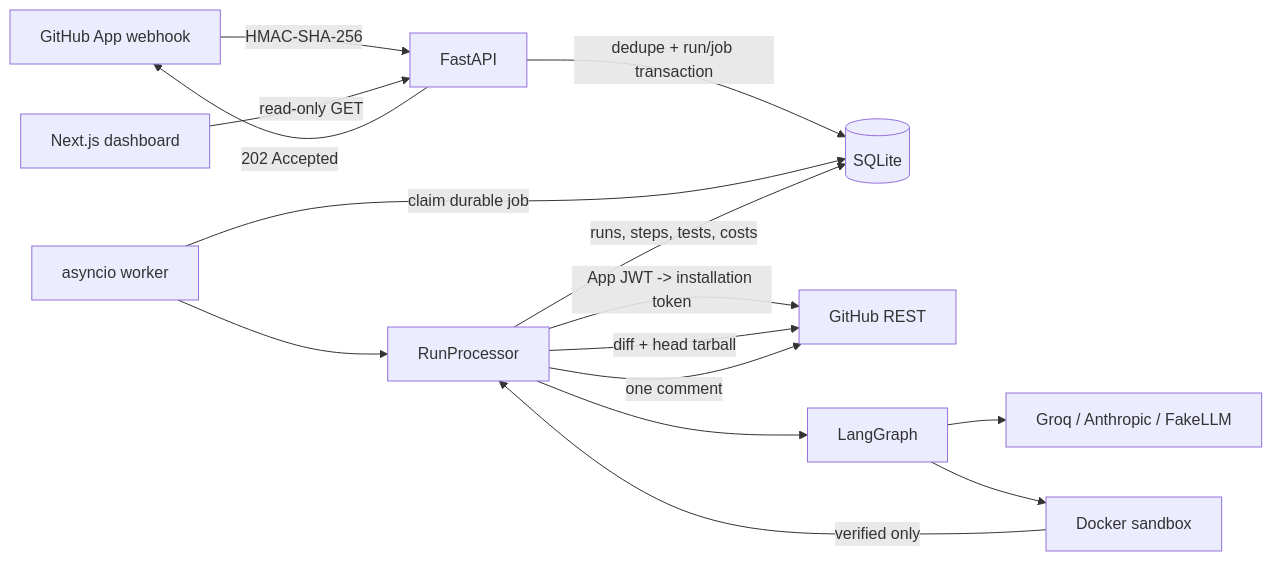
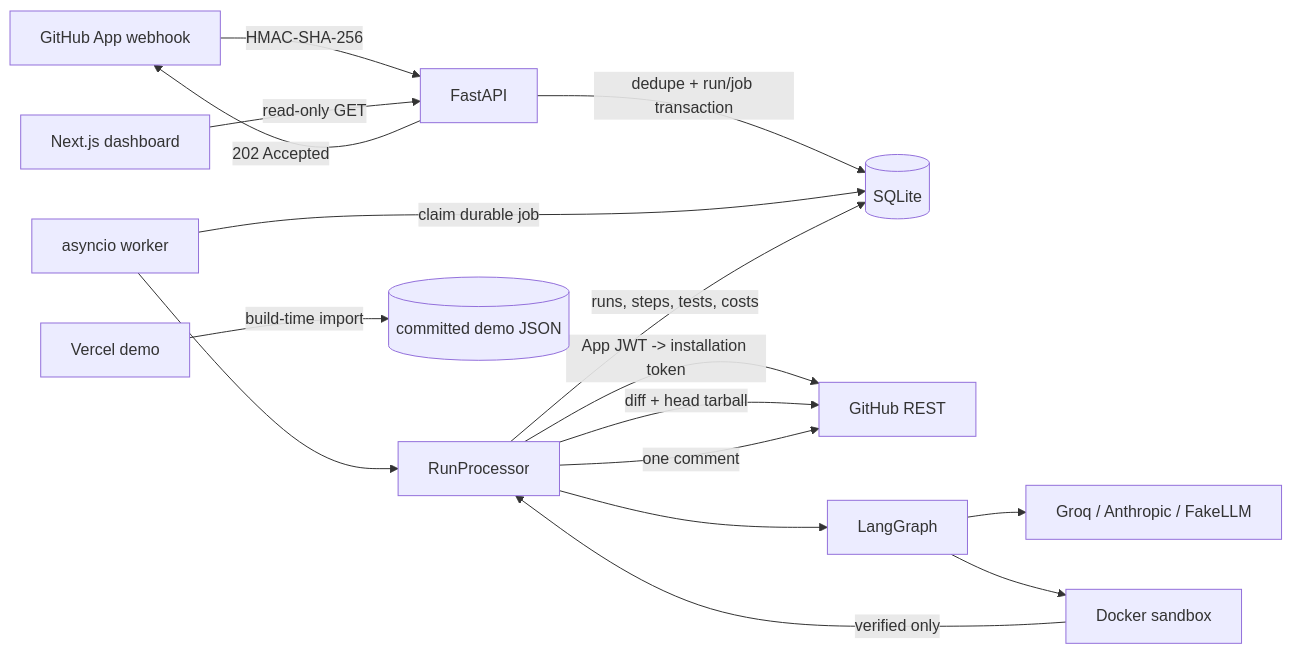
One commit to saswatt31/PR-Guard changed the diagram in README.md. Above: the diagram before and after it, drawn with Mermaid. The commit also changed other lines of this file and 40 other files, not shown here.

````diff
--- a/README.md
+++ b/README.md
@@ -69,17 +105,18 @@
 ```mermaid
 flowchart LR
     GH[GitHub App webhook] -->|HMAC-SHA-256| API[FastAPI]
     API -->|dedupe + run/job transaction| DB[(SQLite)]
     API -->|202 Accepted| GH
     W[asyncio worker] -->|claim durable job| DB
     W --> ORCH[RunProcessor]
     ORCH -->|App JWT -> installation token| GHAPI[GitHub REST]
     ORCH -->|diff + head tarball| GHAPI
     ORCH --> G[LangGraph]
     G --> LLM[Groq / Anthropic / FakeLLM]
     G --> SB[Docker sandbox]
     SB -->|verified only| ORCH
     ORCH -->|one comment| GHAPI
     ORCH -->|runs, steps, tests, costs| DB
     D[Next.js dashboard] -->|read-only GET| API
+    V[Vercel demo] -->|build-time import| JSON[(committed demo JSON)]
 ```
````
